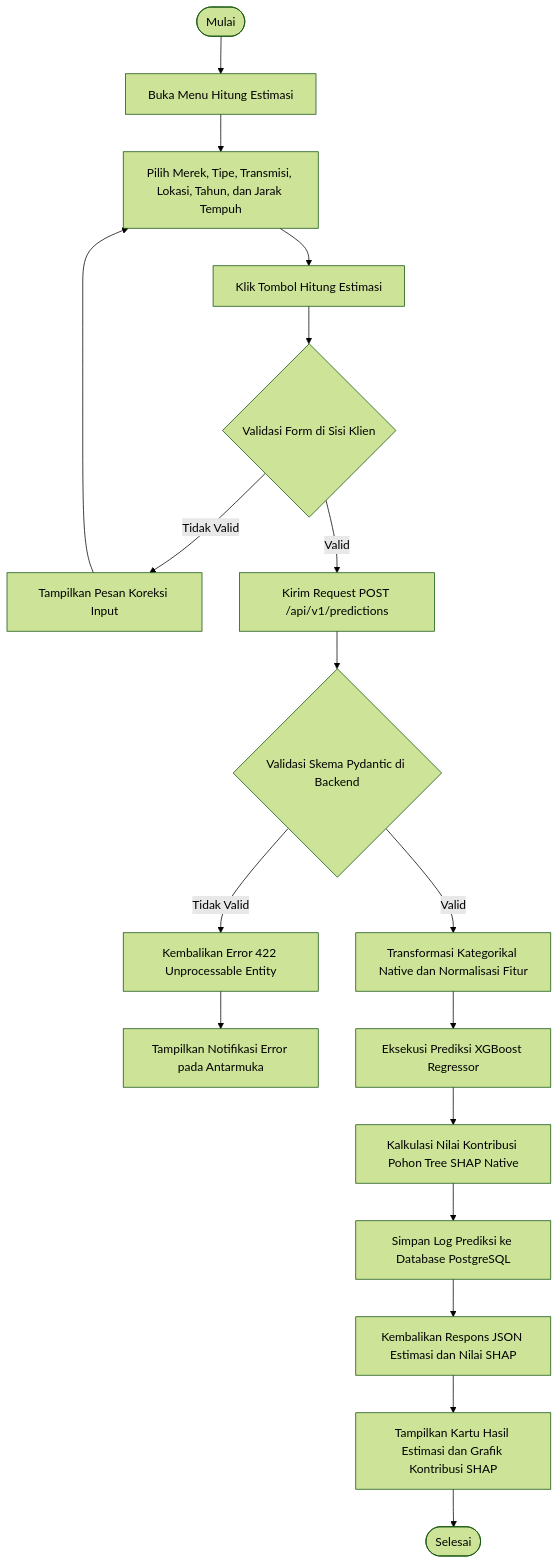
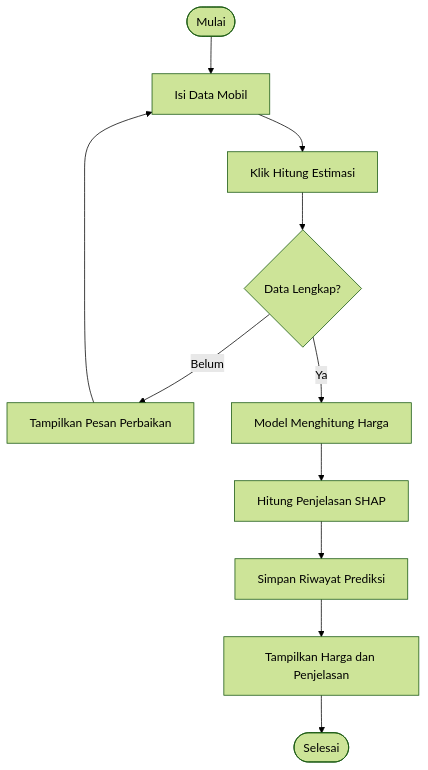
One commit to RistoKuy/XAI_Car_CP changed the eighth of 13 diagrams in README.md. Above: the diagram before and after it, drawn with Mermaid (forest theme). The commit also changed other lines of this file and 2 other files, not shown here.

First line of the commit message:
docs(bab4): simplify activity diagrams 4.3 and 4.4 for lay readers

````diff
--- a/README.md
+++ b/README.md
@@ -998,20 +998,13 @@
 ```mermaid
 flowchart TD
-    StartUser([Mulai]) --> OpenPage[Buka Menu Hitung Estimasi]
-    OpenPage --> InputData[Pilih Merek, Tipe, Transmisi, Lokasi, Tahun, dan Jarak Tempuh]
-    InputData --> SubmitForm[Klik Tombol Hitung Estimasi]
-    SubmitForm --> ValidateClient{Validasi Form di Sisi Klien}
-    ValidateClient -- Tidak Valid --> ShowClientError[Tampilkan Pesan Koreksi Input]
-    ShowClientError --> InputData
-    ValidateClient -- Valid --> SendAPI[Kirim Request POST /api/v1/predictions]
-    SendAPI --> ValidateServer{Validasi Skema Pydantic di Backend}
-    ValidateServer -- Tidak Valid --> Return422[Kembalikan Error 422 Unprocessable Entity]
-    Return422 --> ShowUIError[Tampilkan Notifikasi Error pada Antarmuka]
-    ValidateServer -- Valid --> Preprocess[Transformasi Kategorikal Native dan Normalisasi Fitur]
-    Preprocess --> PredictXGB[Eksekusi Prediksi XGBoost Regressor]
-    PredictXGB --> CalcSHAP[Kalkulasi Nilai Kontribusi Pohon Tree SHAP Native]
-    CalcSHAP --> LogDB[Simpan Log Prediksi ke Database PostgreSQL]
-    LogDB --> ReturnJSON[Kembalikan Respons JSON Estimasi dan Nilai SHAP]
-    ReturnJSON --> RenderUI[Tampilkan Kartu Hasil Estimasi dan Grafik Kontribusi SHAP]
-    RenderUI --> EndUser([Selesai])
+    StartUser([Mulai]) --> InputData[Isi Data Mobil]
+    InputData --> SubmitForm[Klik Hitung Estimasi]
+    SubmitForm --> CekInput{Data Lengkap?}
+    CekInput -- Belum --> PesanInput[Tampilkan Pesan Perbaikan]
+    PesanInput --> InputData
+    CekInput -- Ya --> HitungHarga[Model Menghitung Harga]
+    HitungHarga --> HitungSHAP[Hitung Penjelasan SHAP]
+    HitungSHAP --> SimpanLog[Simpan Riwayat Prediksi]
+    SimpanLog --> TampilHasil[Tampilkan Harga dan Penjelasan]
+    TampilHasil --> EndUser([Selesai])
 ```
````
